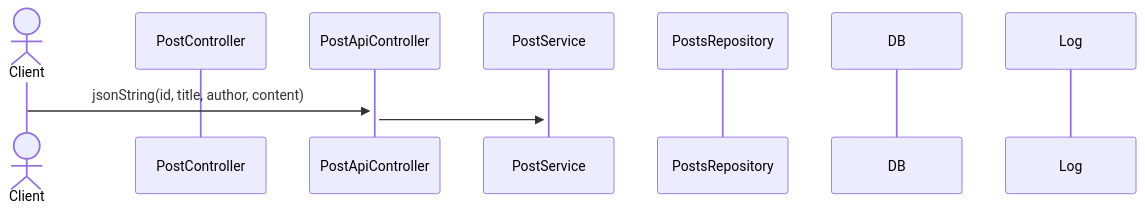
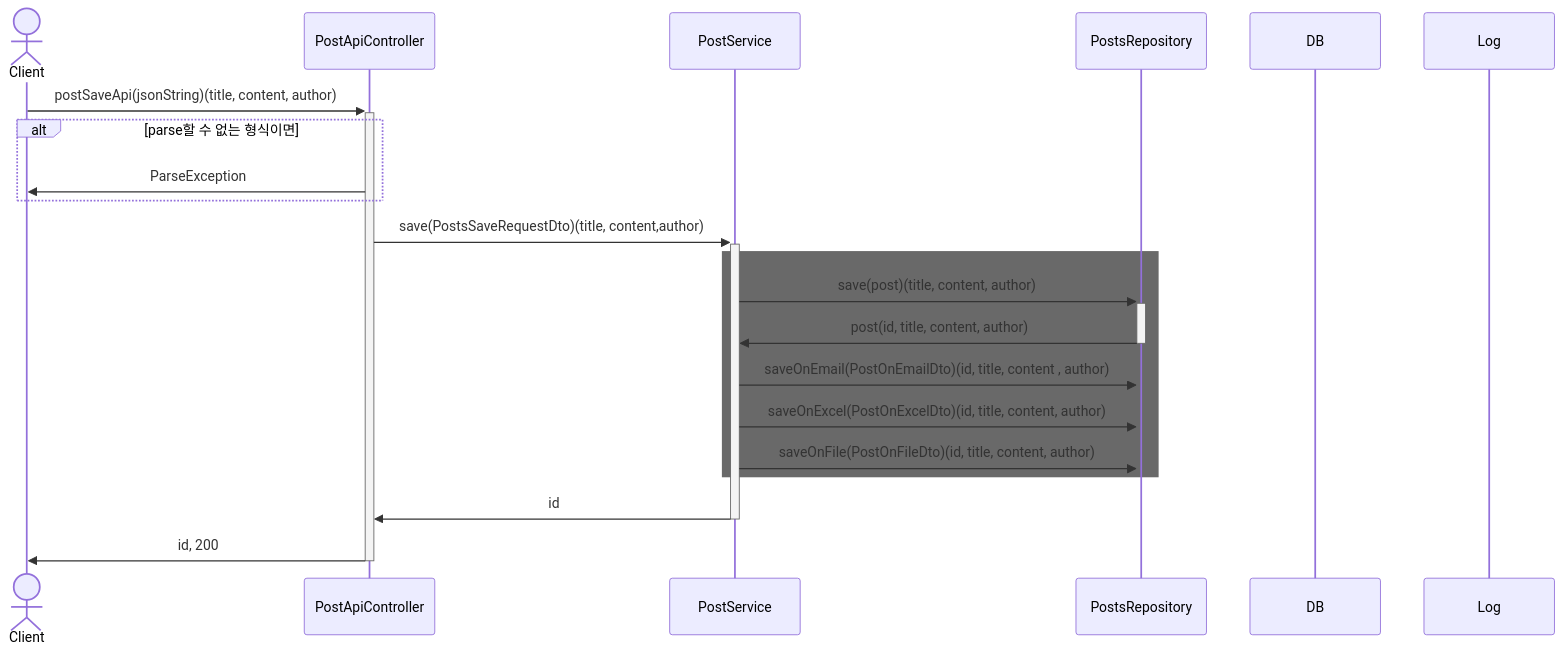
One commit to mtak0235/Bulletin changed the third of 4 diagrams in seqDiagram4API.md. Above: the diagram before and after it, drawn with Mermaid. The commit also changed other lines of this file and 7 other files, not shown here.

Commit message:
#31 시퀀스 다이어그램 작성 완료

````diff
--- a/seqDiagram4API.md
+++ b/seqDiagram4API.md
@@ -72,14 +72,25 @@
 ```mermaid
 sequenceDiagram
 actor Client
-participant C as PostController
 participant ApiC as PostApiController 
 participant S as PostService
 participant R as PostsRepository
 participant DB
 participant Log
 
-Client->>+ApiC: jsonString(id, title, author, content)
-ApiC->>+S: 
-
+Client->>+ApiC: postSaveApi(jsonString)(title, content, author)
+alt parse할 수 없는 형식이면
+ApiC->>Client: ParseException
+%% 필요한 정보 없어도 parse error날리게 처리하셈
+end
+ApiC->>+S: save(PostsSaveRequestDto)(title, content,author)
+rect rgb(105,105,105)
+S->>+R: save(post)(title, content, author)
+R->>-S: post(id, title, content, author)
+S->>+R: saveOnEmail(PostOnEmailDto)(id, title, content , author)
+S->>+R: saveOnExcel(PostOnExcelDto)(id, title, content, author)
+S->>+R: saveOnFile(PostOnFileDto)(id, title, content, author)
+end
+S->>-ApiC: id
+ApiC->>-Client: id, 200
 ```
````
